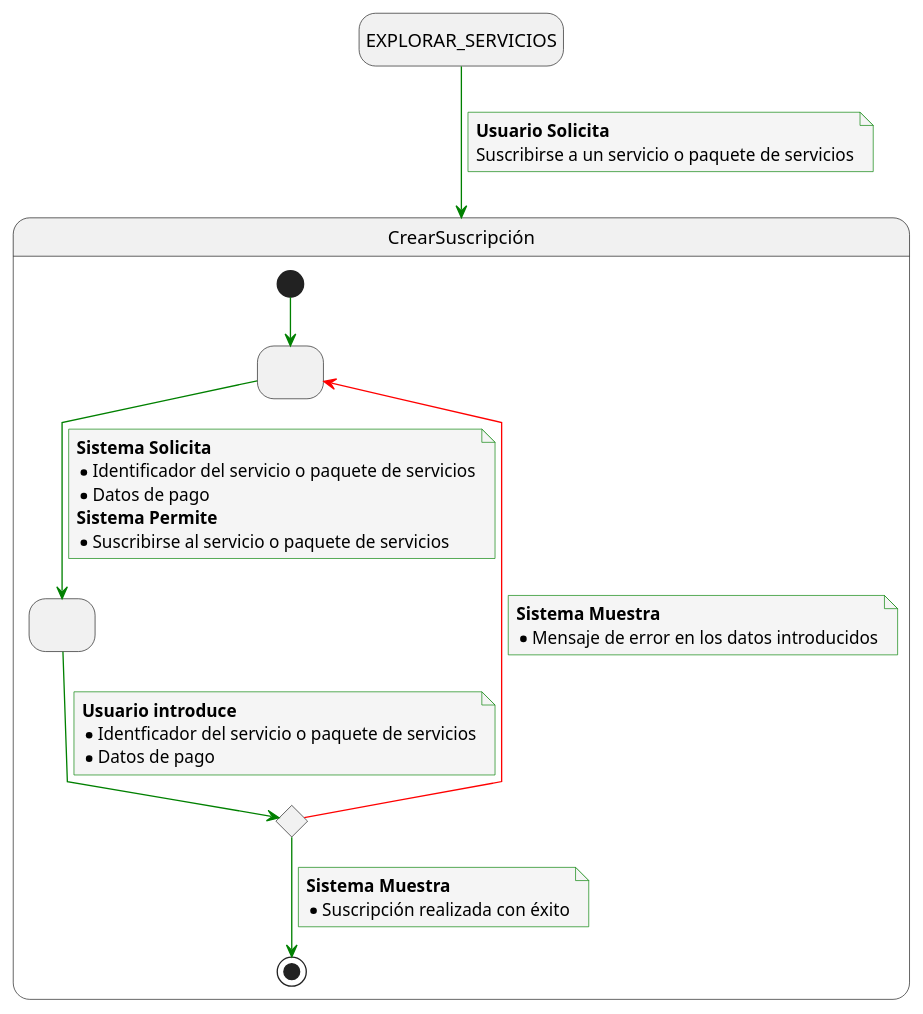
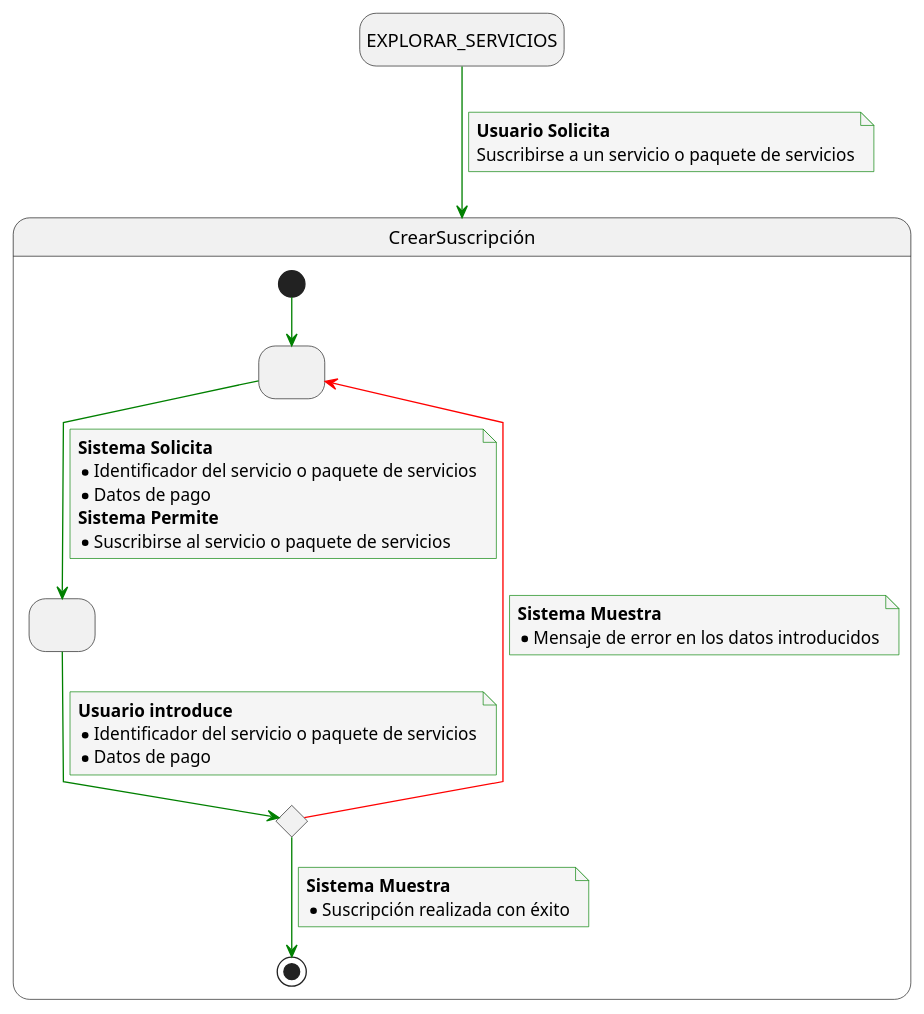
The diagram in Caso_de_Uso/Casos_de_Uso/Usuarios/Egresado/CRD_Suscripción/Crear_Suscripción/Caso_de_Uso.puml (mmasias/23-24-IdSw1-SDR), drawn with PlantUML before and after one commit. The commit also changed 63 other files, not shown here.

```diff
--- a/Caso_de_Uso/Casos_de_Uso/Usuarios/Egresado/CRD_Suscripción/Crear_Suscripción/Caso_de_Uso.puml
+++ b/Caso_de_Uso/Casos_de_Uso/Usuarios/Egresado/CRD_Suscripción/Crear_Suscripción/Caso_de_Uso.puml
@@ -1,56 +1,56 @@
 @startuml
 skinparam {
     NoteBackgroundColor #whiteSmoke
     ArrowColor #green
     NoteBorderColor #green
     linetype polyline
 }
 
 hide empty description
 
 state startState as "EXPLORAR_SERVICIOS"
 
 startState --> CrearSuscripción
 note on link
     <b>Usuario Solicita</b>
     Suscribirse a un servicio o paquete de servicios
 end note
 
 state CrearSuscripción {
 state 2 as " "
 state 3 as " "
 state 4 <<choice>>
 
 [*] -down-> 2
 
 2 -down-> 3
 note on link
 <b>Sistema Solicita</b>
 * Identificador del servicio o paquete de servicios
 * Datos de pago
 <b>Sistema Permite</b>
 * Suscribirse al servicio o paquete de servicios
 end note
 
 3 -down-> 4
 note on link
 <b>Usuario introduce</b>
-* Identficador del servicio o paquete de servicios
+* Identificador del servicio o paquete de servicios
 * Datos de pago
 end note
 
 4 -down-> [*]
 note on link
 <b>Sistema Muestra</b>
 * Suscripción realizada con éxito
 end note
 
 4 -[#red]-> 2
 note on link
 <b>Sistema Muestra</b>
 * Mensaje de error en los datos introducidos
 end note
 
 }
 
 @enduml
```
